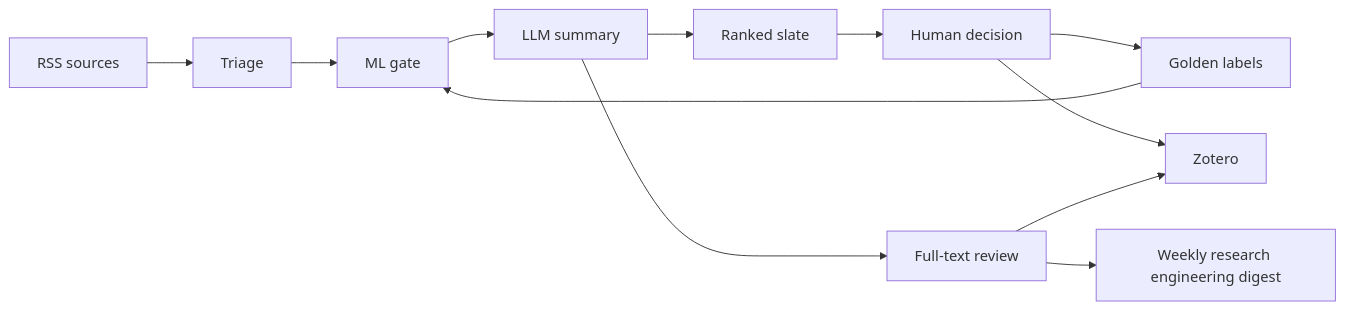
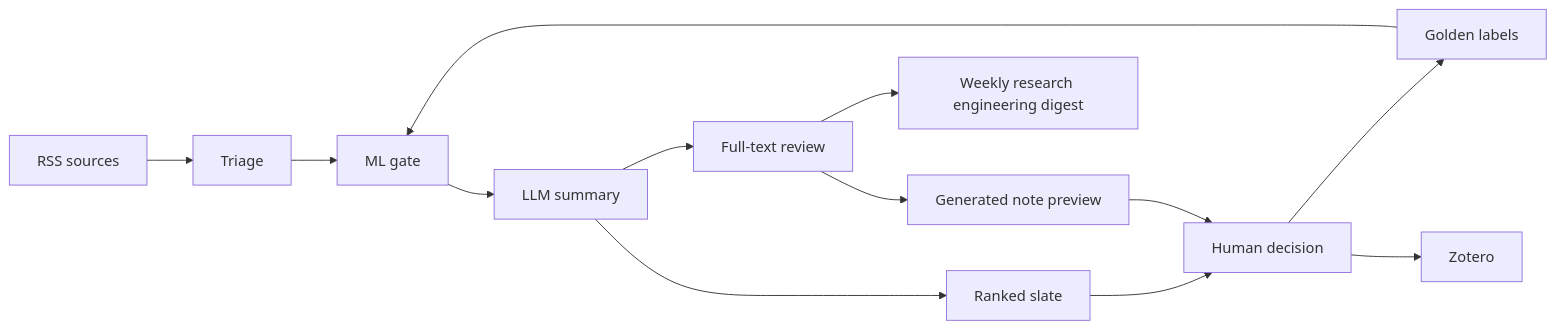
One commit to Vlislavn/zotero-summarizer changed the first of 3 diagrams in docs/architecture.md. Above: the diagram before and after it, drawn with Mermaid. The commit also changed other lines of this file and 497 other files, not shown here.

````diff
--- a/docs/architecture.md
+++ b/docs/architecture.md
@@ -11,14 +11,15 @@
 ```mermaid
 flowchart LR
     RSS[RSS sources] --> Triage[Triage]
     Triage --> Gate[ML gate]
     Gate --> LLM[LLM summary]
     LLM --> Slate[Ranked slate]
     Slate --> Human[Human decision]
     Human --> Golden[Golden labels]
     Golden --> Gate
     LLM --> Review[Full-text review]
     Review --> Weekly[Weekly research engineering digest]
     Human --> Zotero[Zotero]
-    Review --> Zotero
+    Review --> Pending[Generated note preview]
+    Pending --> Human
 ```
````
